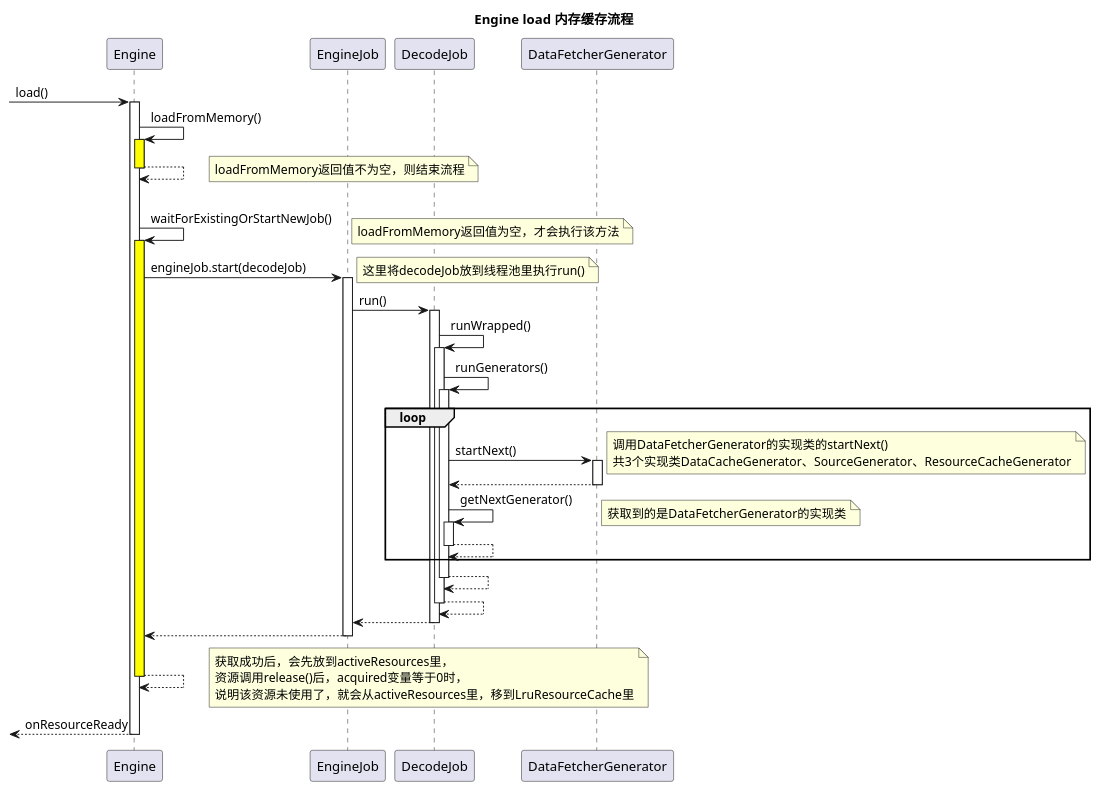
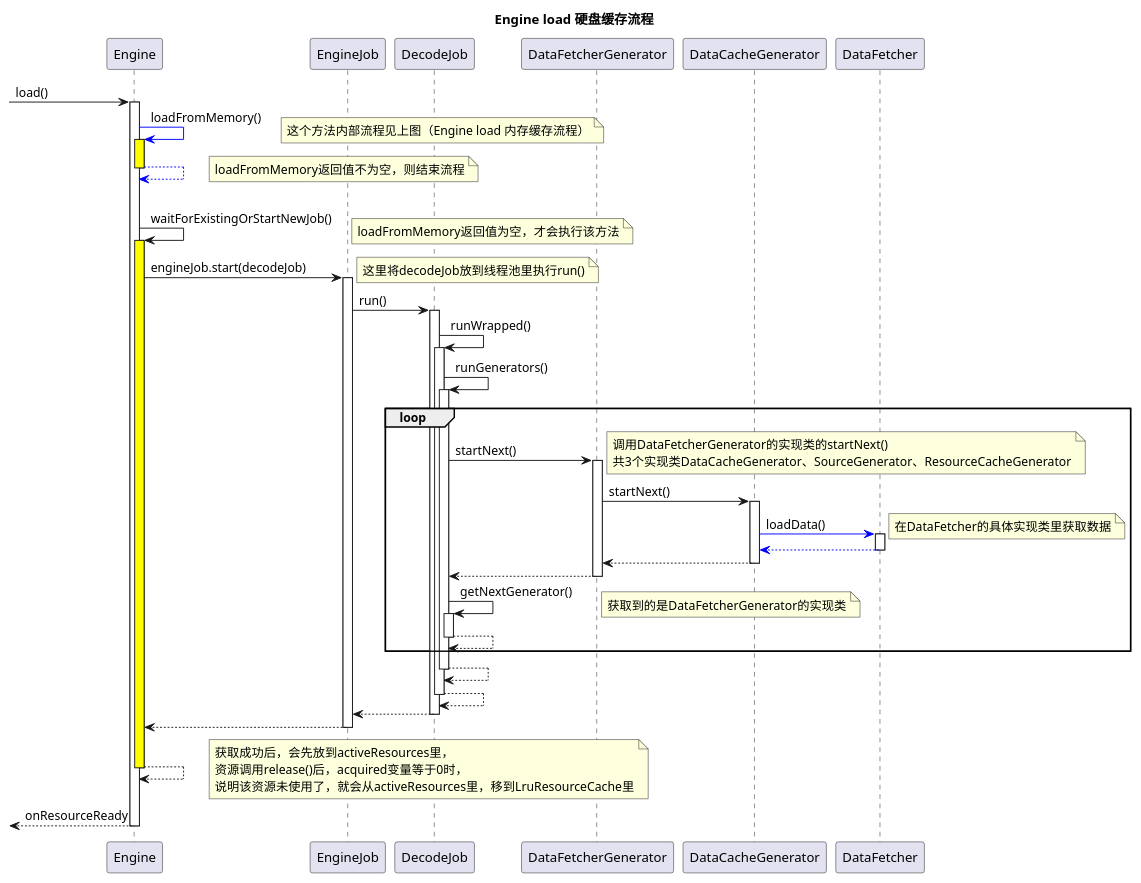
The diagram in docs/AndroidNote.assets/Engine_load硬盘缓存流程.puml (Joshua-Lu/MyStudyApp), drawn with PlantUML before and after one commit. The commit also changed 6 other files, not shown here.

```diff
--- a/docs/AndroidNote.assets/Engine_load硬盘缓存流程.puml
+++ b/docs/AndroidNote.assets/Engine_load硬盘缓存流程.puml
@@ -1,41 +1,46 @@
 @startuml
-title Engine load 内存缓存流程
+title Engine load 硬盘缓存流程
 
 autoactivate on
 [-> Engine: load()
-    Engine -> Engine #yellow: loadFromMemory()
+    Engine -[#blue]> Engine #yellow: loadFromMemory()
+    note right: 这个方法内部流程见上图（Engine load 内存缓存流程）
     return
     note right: loadFromMemory返回值不为空，则结束流程
     |||
     Engine -> Engine #yellow: waitForExistingOrStartNewJob()
     note right: loadFromMemory返回值为空，才会执行该方法
         Engine -> EngineJob: engineJob.start(decodeJob)
         note right: 这里将decodeJob放到线程池里执行run()
             EngineJob -> DecodeJob: run()
                 DecodeJob -> DecodeJob: runWrapped()
                     DecodeJob -> DecodeJob: runGenerators()
                     loop
                         DecodeJob -> DataFetcherGenerator: startNext()
                         note right
                         调用DataFetcherGenerator的实现类的startNext()
                         共3个实现类DataCacheGenerator、SourceGenerator、ResourceCacheGenerator
                         end note
-
+                            DataFetcherGenerator -> DataCacheGenerator: startNext()
+                                DataCacheGenerator -[#blue]> DataFetcher: loadData()
+                                note right: 在DataFetcher的具体实现类里获取数据
+                                return
+                            return
                         return
 
                         DecodeJob -> DecodeJob: getNextGenerator()
                         note right: 获取到的是DataFetcherGenerator的实现类
                         return
                     end
                     return
                 return
             return
         return
     return
     note right
         获取成功后，会先放到activeResources里，
         资源调用release()后，acquired变量等于0时，
         说明该资源未使用了，就会从activeResources里，移到LruResourceCache里
     end note
 return onResourceReady
 @enduml
```
